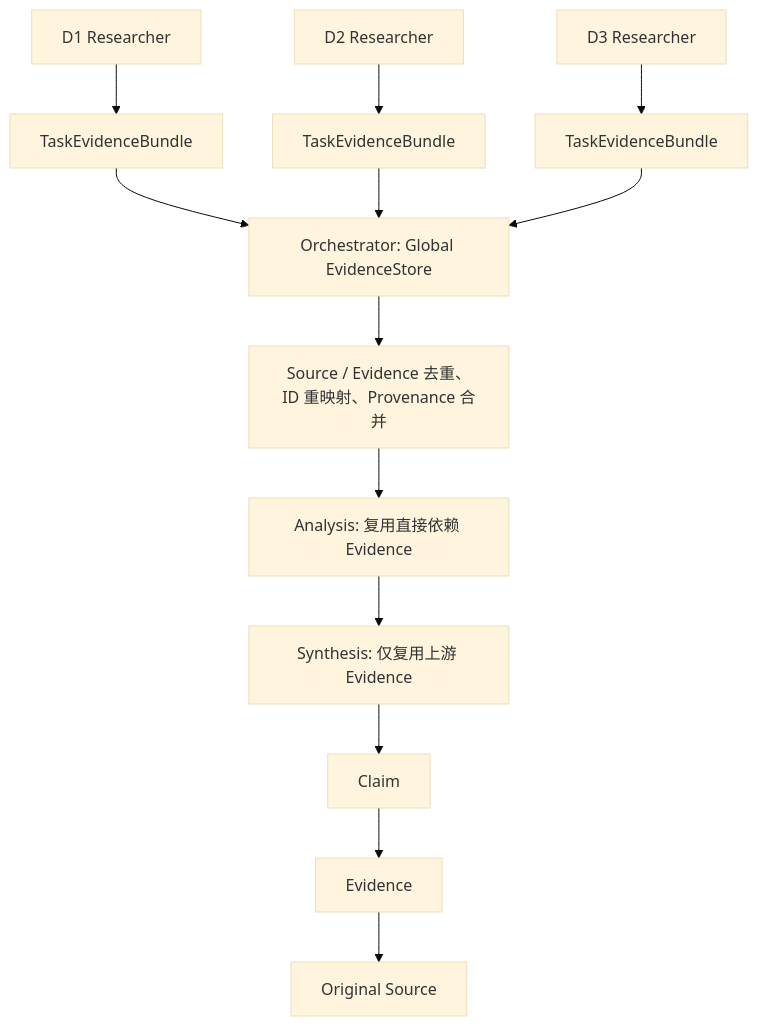
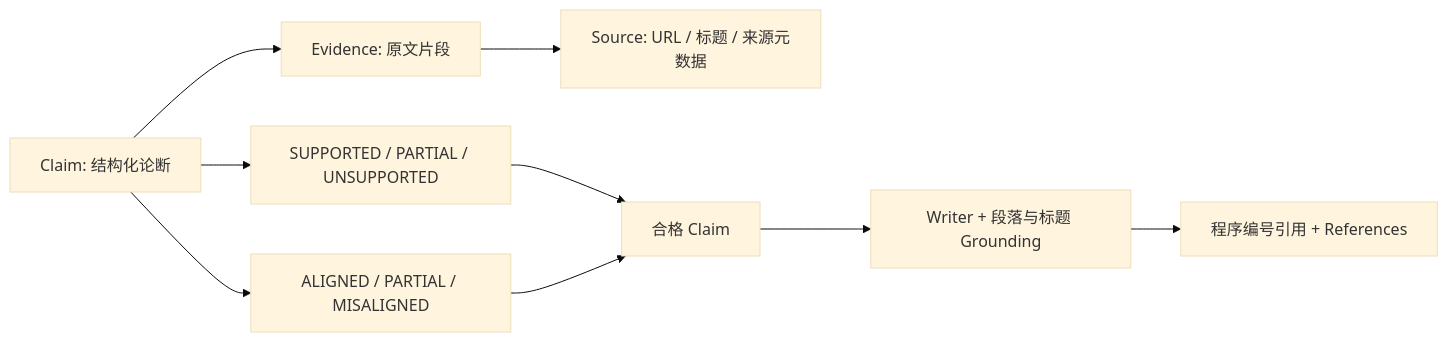
The second of 2 diagrams in README.md (The26Num/DeepResearchAgent), drawn with Mermaid (base theme) before and after one commit. The commit also changed other lines of this file and 69 other files, not shown here.

````diff
--- a/README.md
+++ b/README.md
@@ -257,15 +91,11 @@
 ```mermaid
-flowchart TD
-    D1[D1 Researcher] --> B1[TaskEvidenceBundle]
-    D2[D2 Researcher] --> B2[TaskEvidenceBundle]
-    D3[D3 Researcher] --> B3[TaskEvidenceBundle]
-    B1 --> G[Orchestrator: Global EvidenceStore]
-    B2 --> G
-    B3 --> G
-    G --> M[Source / Evidence 去重、ID 重映射、Provenance 合并]
-    M --> A[Analysis: 复用直接依赖 Evidence]
-    A --> S[Synthesis: 仅复用上游 Evidence]
-    S --> C[Claim]
-    C --> E[Evidence]
-    E --> O[Original Source]
+flowchart LR
+    Claim[Claim: 结构化论断] --> Evidence[Evidence: 原文片段]
+    Evidence --> Source[Source: URL / 标题 / 来源元数据]
+    Claim --> Verification[SUPPORTED / PARTIAL / UNSUPPORTED]
+    Claim --> Relevance[ALIGNED / PARTIAL / MISALIGNED]
+    Verification --> Accepted[合格 Claim]
+    Relevance --> Accepted
+    Accepted --> Writer[Writer + 段落与标题 Grounding]
+    Writer --> Citation[程序编号引用 + References]
 ```
````
